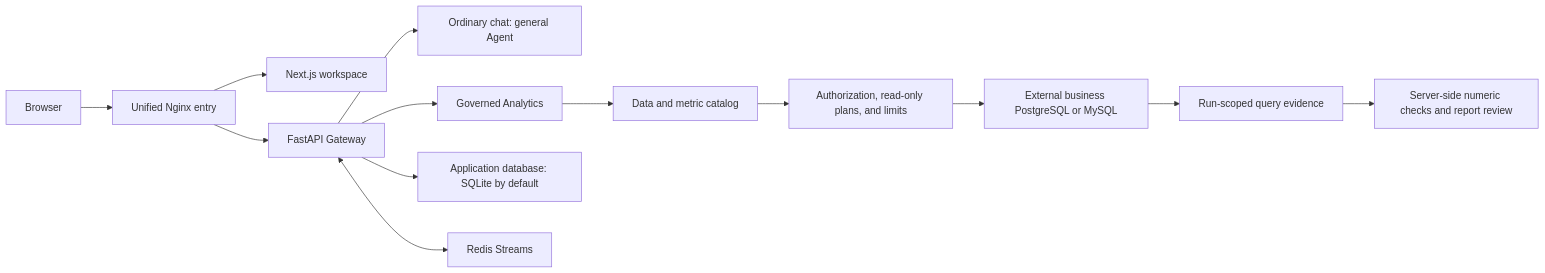
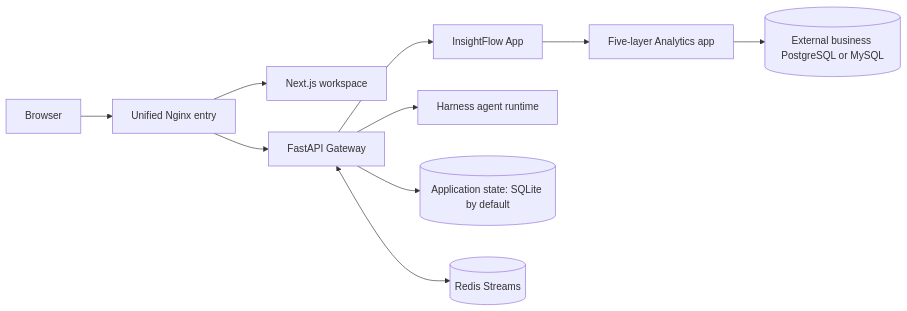
Before and after one commit to zgozh/InsightFlow: the diagram in README_en.md, drawn with Mermaid. The commit also changed other lines of this file and 3 other files, not shown here.

````diff
--- a/README_en.md
+++ b/README_en.md
@@ -30,15 +74,12 @@
 ```mermaid
 flowchart LR
   Browser[Browser] --> Nginx[Unified Nginx entry]
   Nginx --> Frontend[Next.js workspace]
   Nginx --> Gateway[FastAPI Gateway]
-  Gateway --> Chat[Ordinary chat: general Agent]
-  Gateway --> Analytics[Governed Analytics]
-  Analytics --> Catalog[Data and metric catalog]
-  Catalog --> Policy[Authorization, read-only plans, and limits]
-  Policy --> BusinessDB[External business PostgreSQL or MySQL]
-  BusinessDB --> Evidence[Run-scoped query evidence]
-  Evidence --> Verify[Server-side numeric checks and report review]
-  Gateway --> AppDB[Application database: SQLite by default]
-  Gateway <--> Redis[Redis Streams]
+  Gateway --> App[InsightFlow App]
+  Gateway --> Harness[Harness agent runtime]
+  App --> Analytics[Five-layer Analytics app]
+  Analytics --> BusinessDB[(External business PostgreSQL or MySQL)]
+  Gateway --> AppDB[(Application state: SQLite by default)]
+  Gateway <--> Redis[(Redis Streams)]
 ```
````
